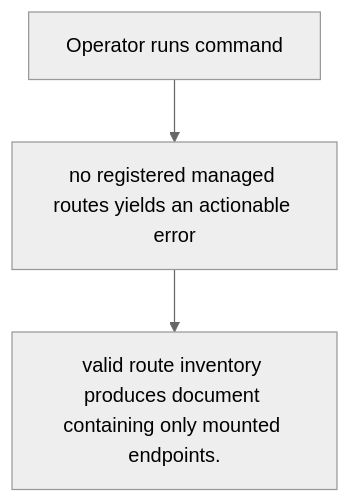
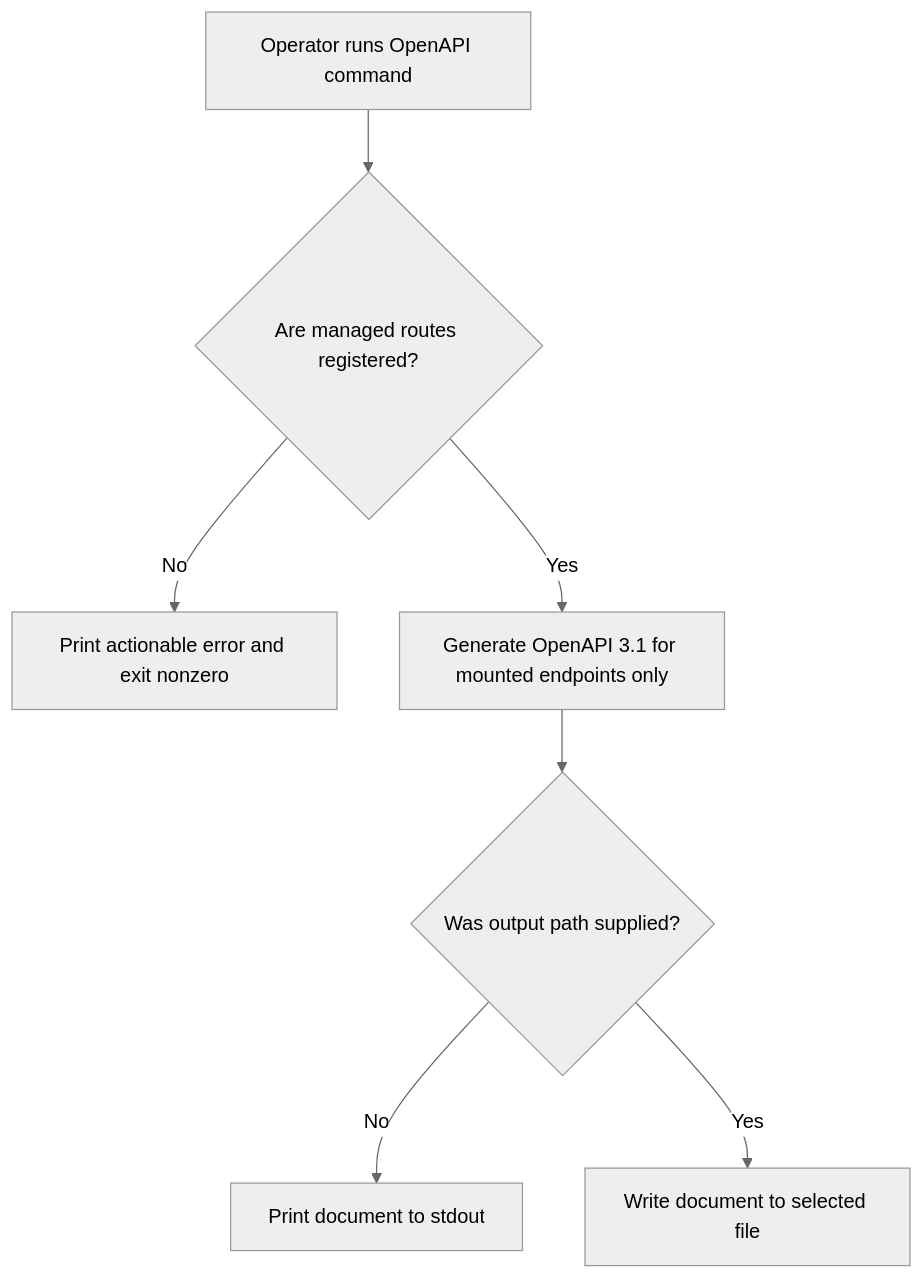
Before and after one commit to Kevinjohn/oss-adonisjs-account-kit: the first of 2 diagrams in user-stories/US-ACCOUNT-30-generate-openapi.md, drawn with Mermaid (neutral theme). The commit also changed other lines of this file and 29 other files, not shown here.

````diff
--- a/user-stories/US-ACCOUNT-30-generate-openapi.md
+++ b/user-stories/US-ACCOUNT-30-generate-openapi.md
@@ -20,8 +18,9 @@
 ```mermaid
 flowchart TD
-    U0["Operator runs command"]
-    U1["no registered managed routes yields an actionable error"]
-    U0 --> U1
-    U2["valid route inventory produces document containing only mounted endpoints."]
-    U1 --> U2
+ A["Operator runs OpenAPI command"] --> B{"Are managed routes registered?"}
+ B -->|No| C["Print actionable error and exit nonzero"]
+ B -->|Yes| D["Generate OpenAPI 3.1 for mounted endpoints only"]
+ D --> E{"Was output path supplied?"}
+ E -->|No| F["Print document to stdout"]
+ E -->|Yes| G["Write document to selected file"]
 ```
````
